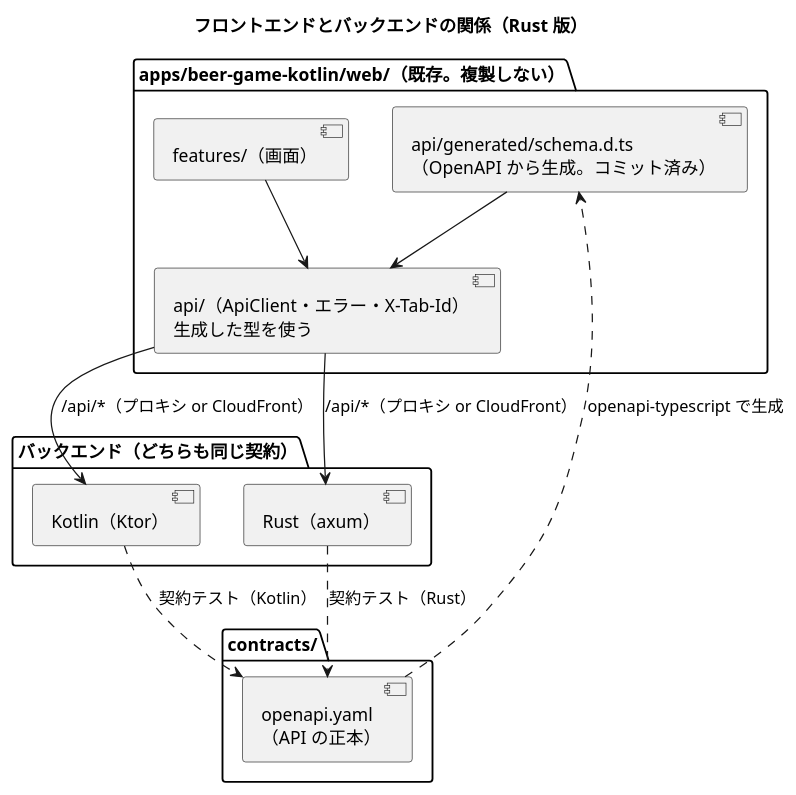
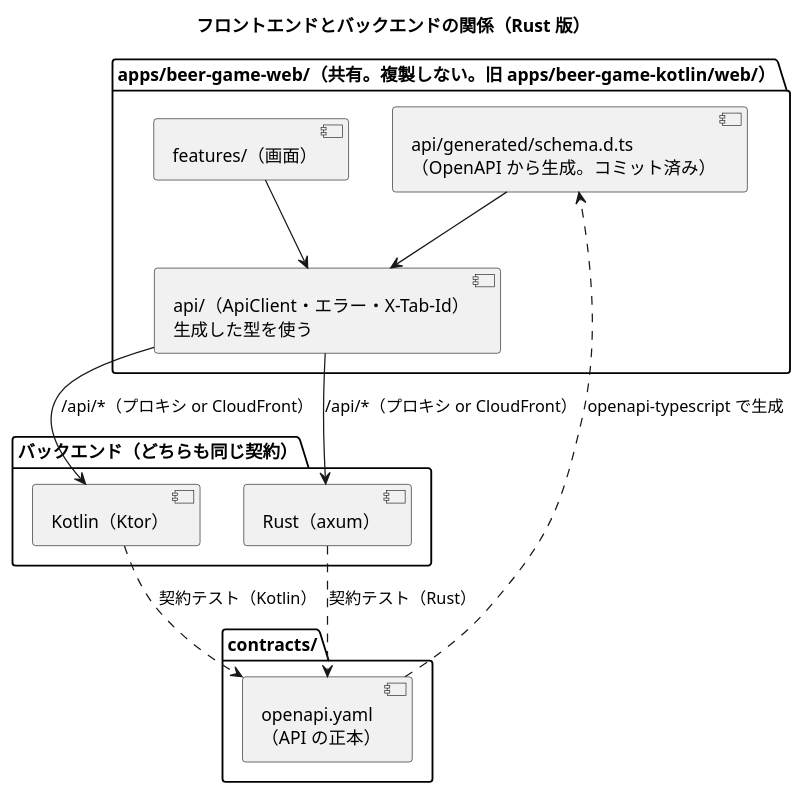
Before and after one commit to k2works/case-study-beer-game-simulation: the diagram in docs/design/beer-game-rust/architecture-frontend.md, drawn with PlantUML. The commit also changed other lines of this file and 3 other files, not shown here.

First line of the commit message:
docs(beer-game3): web の配置を apps/beer-game-web へ移した記録を反映する

````diff
--- a/docs/design/beer-game-rust/architecture-frontend.md
+++ b/docs/design/beer-game-rust/architecture-frontend.md
@@ -65,28 +65,28 @@
 ```plantuml
 @startuml
 title フロントエンドとバックエンドの関係（Rust 版）
 
-package "apps/beer-game-kotlin/web/（既存。複製しない）" {
+package "apps/beer-game-web/（共有。複製しない。旧 apps/beer-game-kotlin/web/）" {
   [features/（画面）] as Features
   [api/（ApiClient・エラー・X-Tab-Id）\n生成した型を使う] as Api
   [api/generated/schema.d.ts\n（OpenAPI から生成。コミット済み）] as Gen
 }
 
 package "contracts/" {
   [openapi.yaml\n（API の正本）] as Spec
 }
 
 package "バックエンド（どちらも同じ契約）" {
   [Kotlin（Ktor）] as Kt
   [Rust（axum）] as Rs
 }
 
 Spec ..> Gen : openapi-typescript で生成
 Gen --> Api
 Features --> Api
 Api --> Kt : /api/*（プロキシ or CloudFront）
 Api --> Rs : /api/*（プロキシ or CloudFront）
 Kt ..> Spec : 契約テスト（Kotlin）
 Rs ..> Spec : 契約テスト（Rust）
 @enduml
 ```
````
